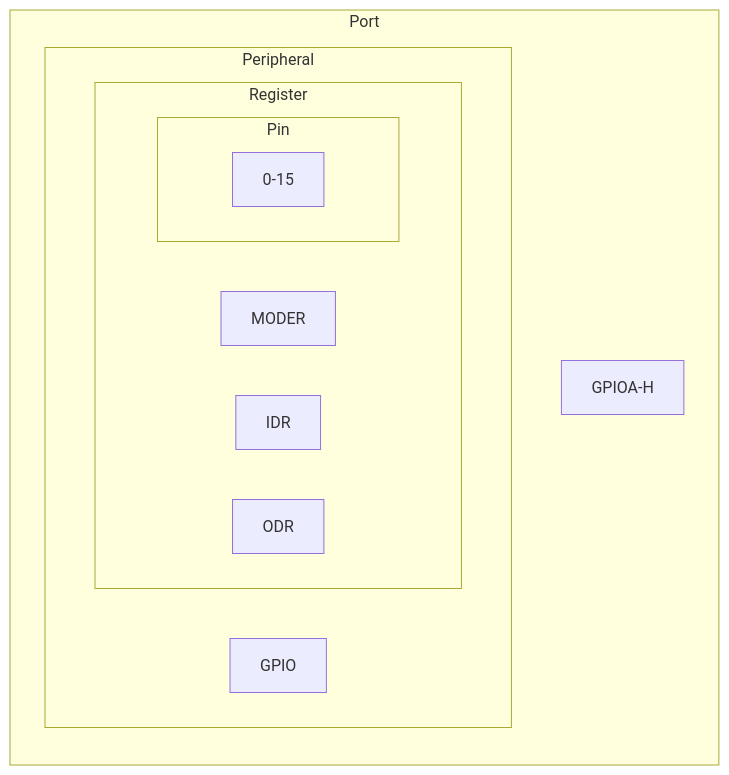
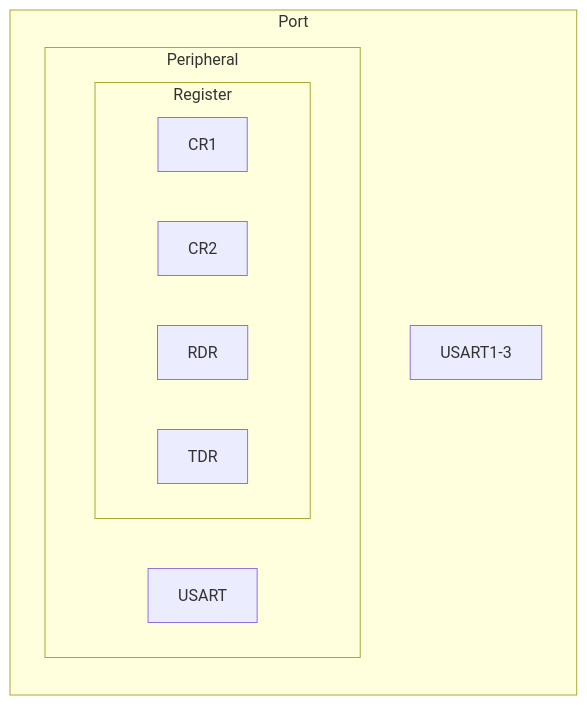
Before and after one commit to coder137/lowlevel_rust: the first of 2 diagrams in minimal_interrupt/README.md, drawn with Mermaid. The commit also changed other lines of this file, not shown here.

````diff
--- a/minimal_interrupt/README.md
+++ b/minimal_interrupt/README.md
@@ -84,17 +78,15 @@
 ```mermaid
 graph BT;
   subgraph Port
-    GPIOA-H
+    USART1-3
     subgraph Peripheral
-      GPIO
+      USART
       subgraph Register
-        MODER
-        IDR
-        ODR
-        subgraph Pin
-          0-15
-        end
+        CR1
+        CR2
+        RDR
+        TDR
       end
     end
   end
 ```
````
